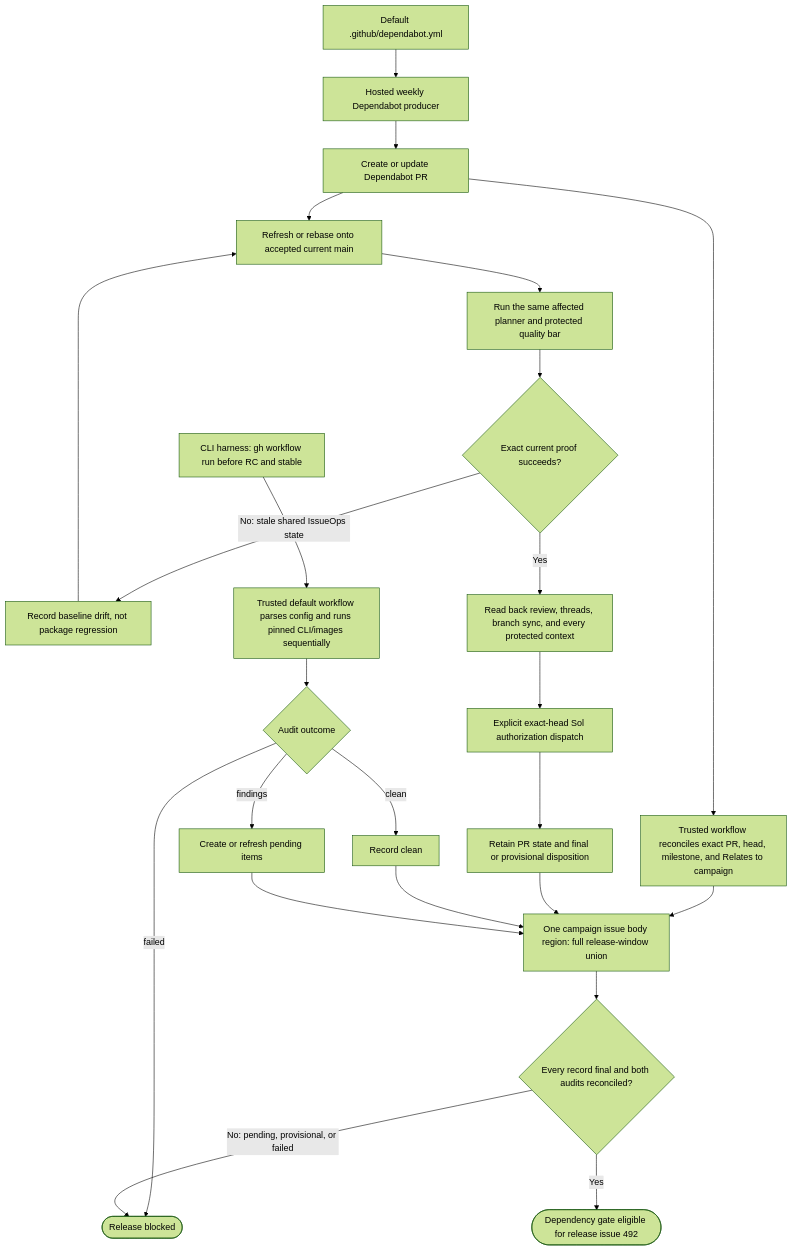
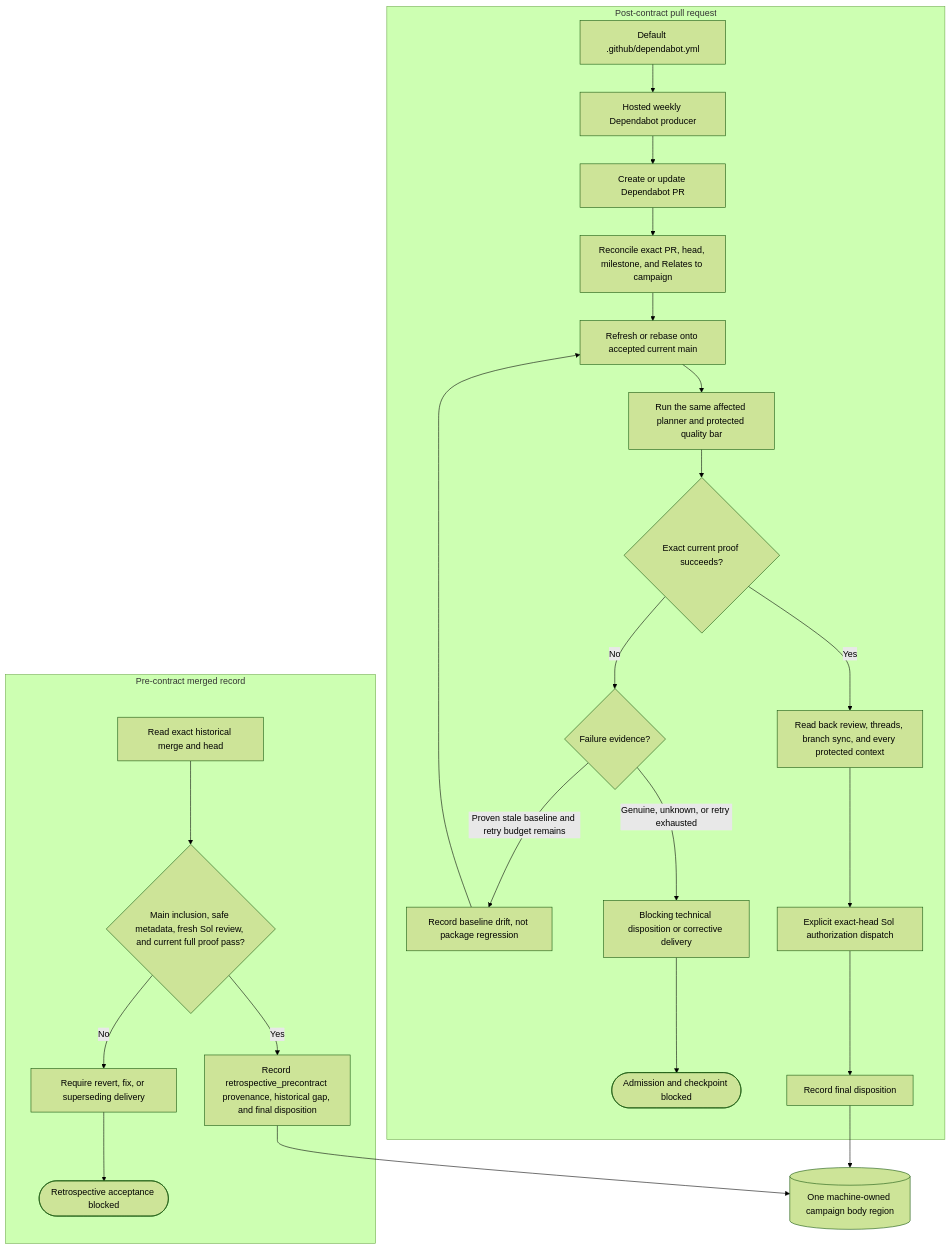
Before and after one commit to styler-ai/ProjectAtlas: diagram 26 of 29 in docs/v050-release-architecture.md, drawn with Mermaid (forest theme). The commit also changed other lines of this file and 12 other files, not shown here.

Commit message:
docs(release): close CI campaign review gaps (#492)

````diff
--- a/docs/v050-release-architecture.md
+++ b/docs/v050-release-architecture.md
@@ -383,28 +385,28 @@
 ```mermaid
 flowchart TB
-    Config[Default .github/dependabot.yml] --> Hosted[Hosted weekly Dependabot producer]
-    Hosted --> PullRequest[Create or update Dependabot PR]
-    PullRequest --> Intake[Trusted workflow reconciles exact PR, head, milestone, and Relates to campaign]
-    PullRequest --> Refresh[Refresh or rebase onto accepted current main]
-    Refresh --> SharedCI[Run the same affected planner and protected quality bar]
-    SharedCI --> CurrentProof{Exact current proof succeeds?}
-    CurrentProof -- No: stale shared IssueOps state --> Drift[Record baseline drift, not package regression]
-    Drift --> Refresh
-    CurrentProof -- Yes --> Review[Read back review, threads, branch sync, and every protected context]
-    Review --> Sol[Explicit exact-head Sol authorization dispatch]
-    Sol --> PRRecord[Retain PR state and final or provisional disposition]
+    subgraph PostContract[Post-contract pull request]
+        Config[Default .github/dependabot.yml] --> Hosted[Hosted weekly Dependabot producer]
+        Hosted --> PullRequest[Create or update Dependabot PR]
+        PullRequest --> Intake[Reconcile exact PR, head, milestone, and Relates to campaign]
+        Intake --> Refresh[Refresh or rebase onto accepted current main]
+        Refresh --> SharedCI[Run the same affected planner and protected quality bar]
+        SharedCI --> CurrentProof{Exact current proof succeeds?}
+        CurrentProof -- No --> FailureBasis{Failure evidence?}
+        FailureBasis -- Proven stale baseline and retry budget remains --> Drift[Record baseline drift, not package regression]
+        Drift --> Refresh
+        FailureBasis -- Genuine, unknown, or retry exhausted --> Technical[Blocking technical disposition or corrective delivery]
+        Technical --> FutureBlock([Admission and checkpoint blocked])
+        CurrentProof -- Yes --> Review[Read back review, threads, branch sync, and every protected context]
+        Review --> Sol[Explicit exact-head Sol authorization dispatch]
+        Sol --> PRRecord[Record final disposition]
+    end
+    PRRecord --> Inventory[(One machine-owned campaign body region)]
 
-    Harness[CLI harness: gh workflow run before RC and stable] --> Audit[Trusted default workflow parses config and runs pinned CLI/images sequentially]
-    Audit --> Outcome{Audit outcome}
-    Outcome -- clean --> AuditRecord[Record clean]
-    Outcome -- findings --> Pending[Create or refresh pending items]
-    Outcome -- failed --> Block([Release blocked])
-
-    Intake --> Inventory[One campaign issue body region: full release-window union]
-    PRRecord --> Inventory
-    AuditRecord --> Inventory
-    Pending --> Inventory
-    Inventory --> Final{Every record final and both audits reconciled?}
-    Final -- No: pending, provisional, or failed --> Block
-    Final -- Yes --> Release([Dependency gate eligible for release issue 492])
+    subgraph PreContract[Pre-contract merged record]
+        Historical[Read exact historical merge and head] --> Retrospective{Main inclusion, safe metadata, fresh Sol review, and current full proof pass?}
+        Retrospective -- No --> Corrective[Require revert, fix, or superseding delivery]
+        Corrective --> RetroBlock([Retrospective acceptance blocked])
+        Retrospective -- Yes --> RetroRecord[Record retrospective_precontract provenance, historical gap, and final disposition]
+    end
+    RetroRecord --> Inventory
 ```
````
